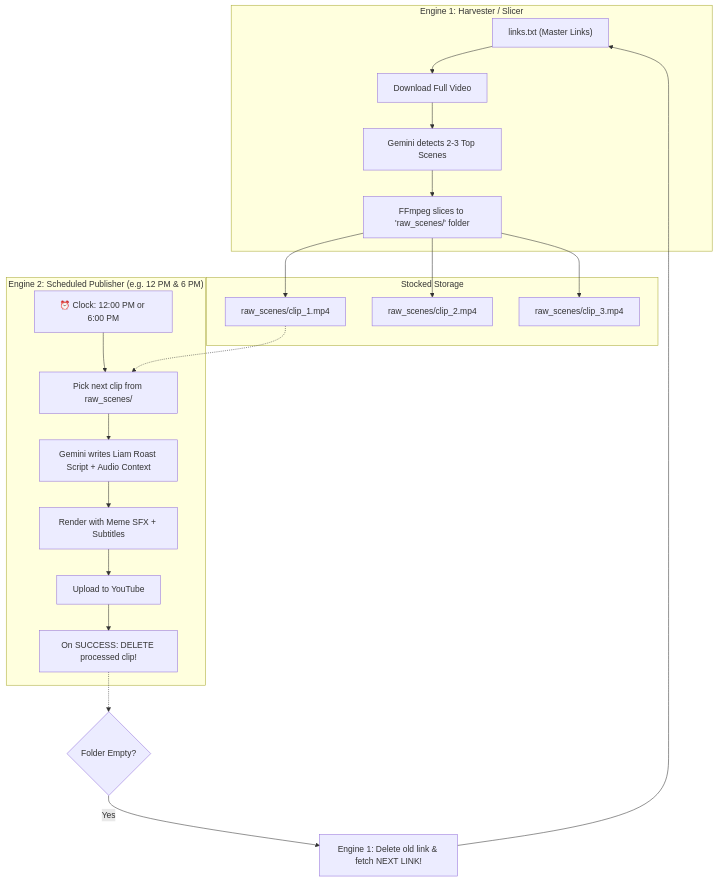
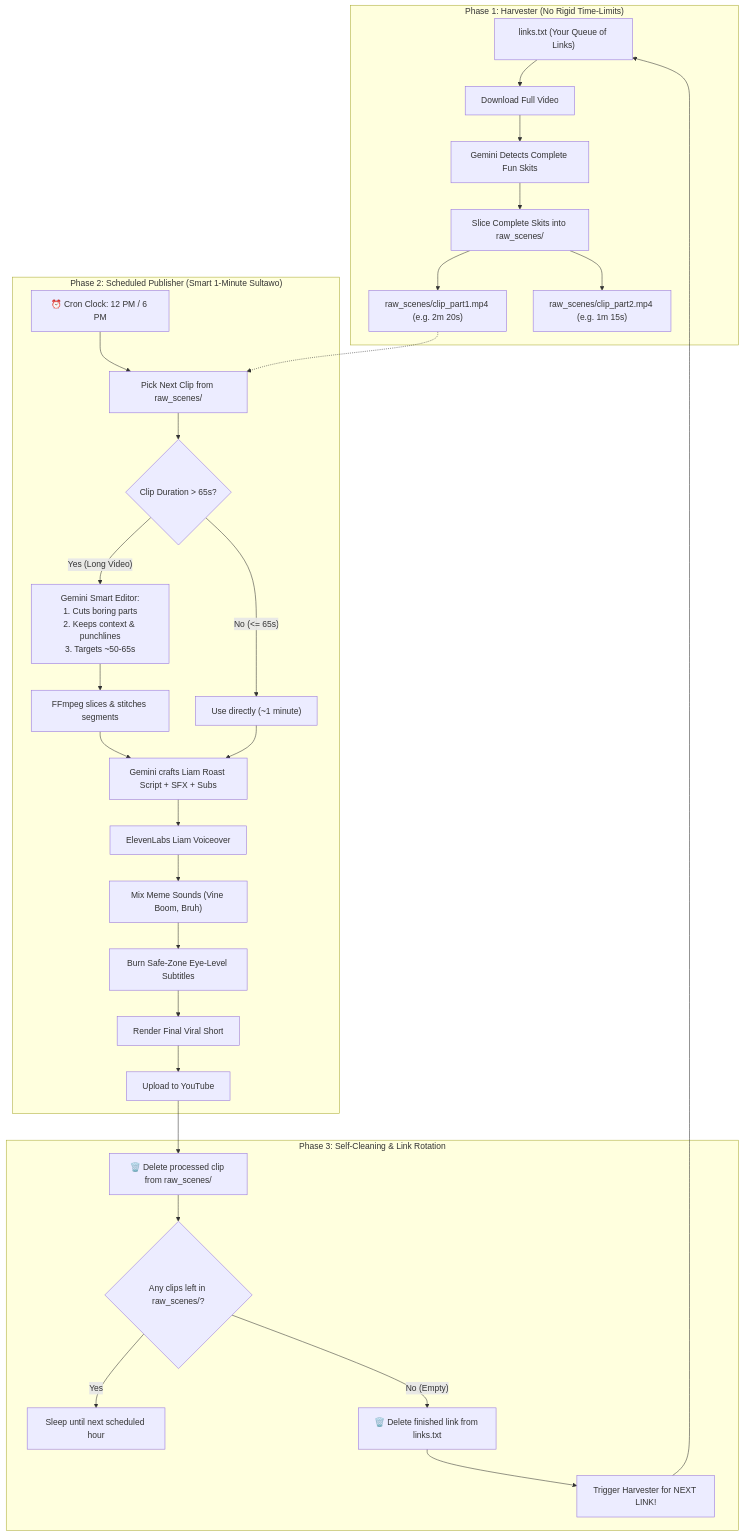
One commit to chandan805026/ai-youtube-shorts-generator changed the diagram in master_automation_blueprint.md. Above: the diagram before and after it, drawn with Mermaid. The commit also changed other lines of this file and 4 other files, not shown here.

Commit message:
Update automation: Smart 1-minute video editing, full scene harvesting, and Liam voiceover

````diff
--- a/master_automation_blueprint.md
+++ b/master_automation_blueprint.md
@@ -50,27 +138,39 @@
 ```mermaid
 flowchart TD
-    subgraph "Engine 1: Harvester / Slicer"
-        L["links.txt (Master Links)"] --> D["Download Full Video"]
-        D --> G1["Gemini detects 2-3 Top Scenes"]
-        G1 --> CUT["FFmpeg slices to 'raw_scenes/' folder"]
+    subgraph "Phase 1: Harvester (No Rigid Time-Limits)"
+        L["links.txt (Your Queue of Links)"] --> D["Download Full Video"]
+        D --> G1["Gemini Detects Complete Fun Skits"]
+        G1 --> CUT["Slice Complete Skits into raw_scenes/"]
+        CUT --> S1["raw_scenes/clip_part1.mp4 (e.g. 2m 20s)"]
+        CUT --> S2["raw_scenes/clip_part2.mp4 (e.g. 1m 15s)"]
     end
 
-    subgraph "Stocked Storage"
-        CUT --> S1["raw_scenes/clip_1.mp4"]
-        CUT --> S2["raw_scenes/clip_2.mp4"]
-        CUT --> S3["raw_scenes/clip_3.mp4"]
+    subgraph "Phase 2: Scheduled Publisher (Smart 1-Minute Sultawo)"
+        CLK["⏰ Cron Clock: 12 PM / 6 PM"] --> PICK["Pick Next Clip from raw_scenes/"]
+        S1 -.-> PICK
+        PICK --> DUR{"Clip Duration > 65s?"}
+        
+        DUR -- "Yes (Long Video)" --> G_EDIT["Gemini Smart Editor:\n1. Cuts boring parts\n2. Keeps context & punchlines\n3. Targets ~50-65s"]
+        G_EDIT --> STITCH["FFmpeg slices & stitches segments"]
+        
+        DUR -- "No (<= 65s)" --> NO_EDIT["Use directly (~1 minute)"]
+        
+        STITCH --> G_SCRIPT["Gemini crafts Liam Roast Script + SFX + Subs"]
+        NO_EDIT --> G_SCRIPT
+        
+        G_SCRIPT --> VO["ElevenLabs Liam Voiceover"]
+        VO --> MIX["Mix Meme Sounds (Vine Boom, Bruh)"]
+        MIX --> SUB["Burn Safe-Zone Eye-Level Subtitles"]
+        SUB --> RND["Render Final Viral Short"]
+        RND --> YT["Upload to YouTube"]
     end
 
-    subgraph "Engine 2: Scheduled Publisher (e.g. 12 PM & 6 PM)"
-        CLK["⏰ Clock: 12:00 PM or 6:00 PM"] --> PICK["Pick next clip from raw_scenes/"]
-        S1 -.-> PICK
-        PICK --> G2["Gemini writes Liam Roast Script + Audio Context"]
-        G2 --> RND["Render with Meme SFX + Subtitles"]
-        RND --> YT["Upload to YouTube"]
-        YT --> DEL["On SUCCESS: DELETE processed clip!"]
+    subgraph "Phase 3: Self-Cleaning & Link Rotation"
+        YT --> DEL_CLIP["🗑️ Delete processed clip from raw_scenes/"]
+        DEL_CLIP --> CHECK{"Any clips left in raw_scenes/?"}
+        CHECK -- "Yes" --> IDLE["Sleep until next scheduled hour"]
+        CHECK -- "No (Empty)" --> ROTATE["🗑️ Delete finished link from links.txt"]
+        ROTATE --> HARVEST_NEXT["Trigger Harvester for NEXT LINK!"]
+        HARVEST_NEXT --> L
     end
-
-    DEL -.-> CHK{"Folder Empty?"}
-    CHK -- "Yes" --> REFILL["Engine 1: Delete old link & fetch NEXT LINK!"]
-    REFILL --> L
 ```
````
